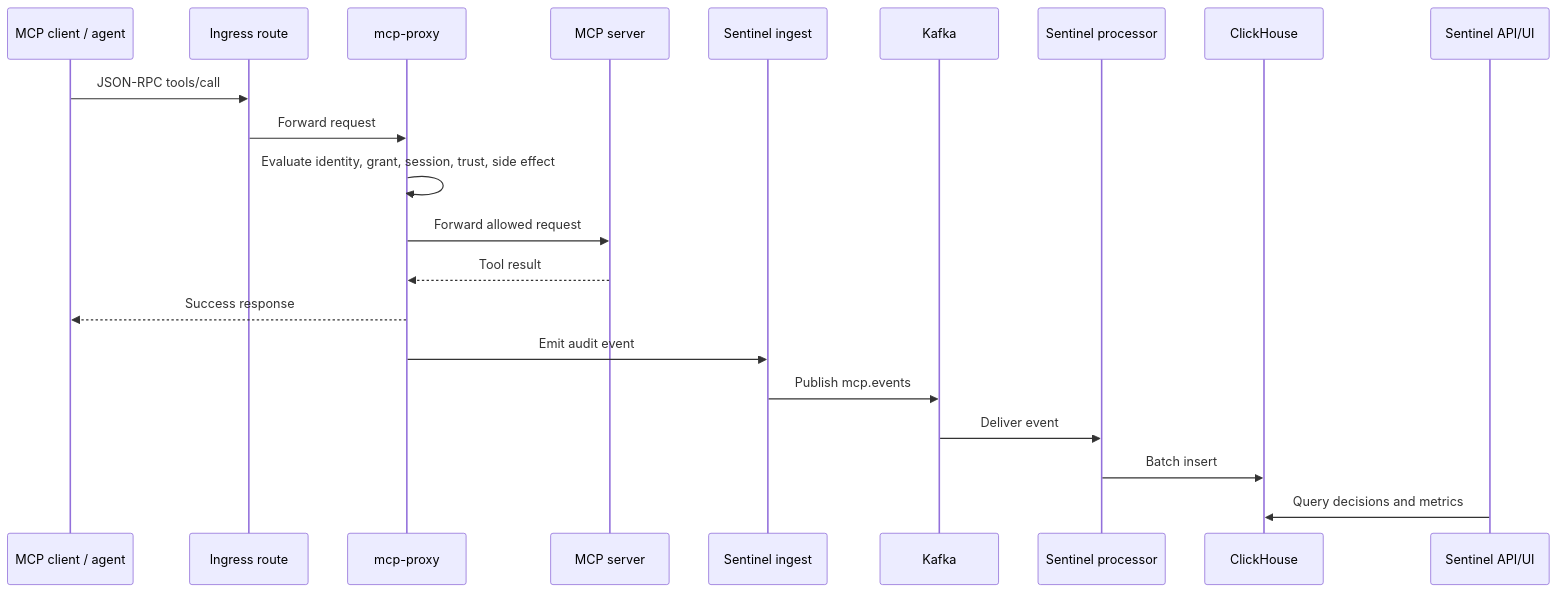
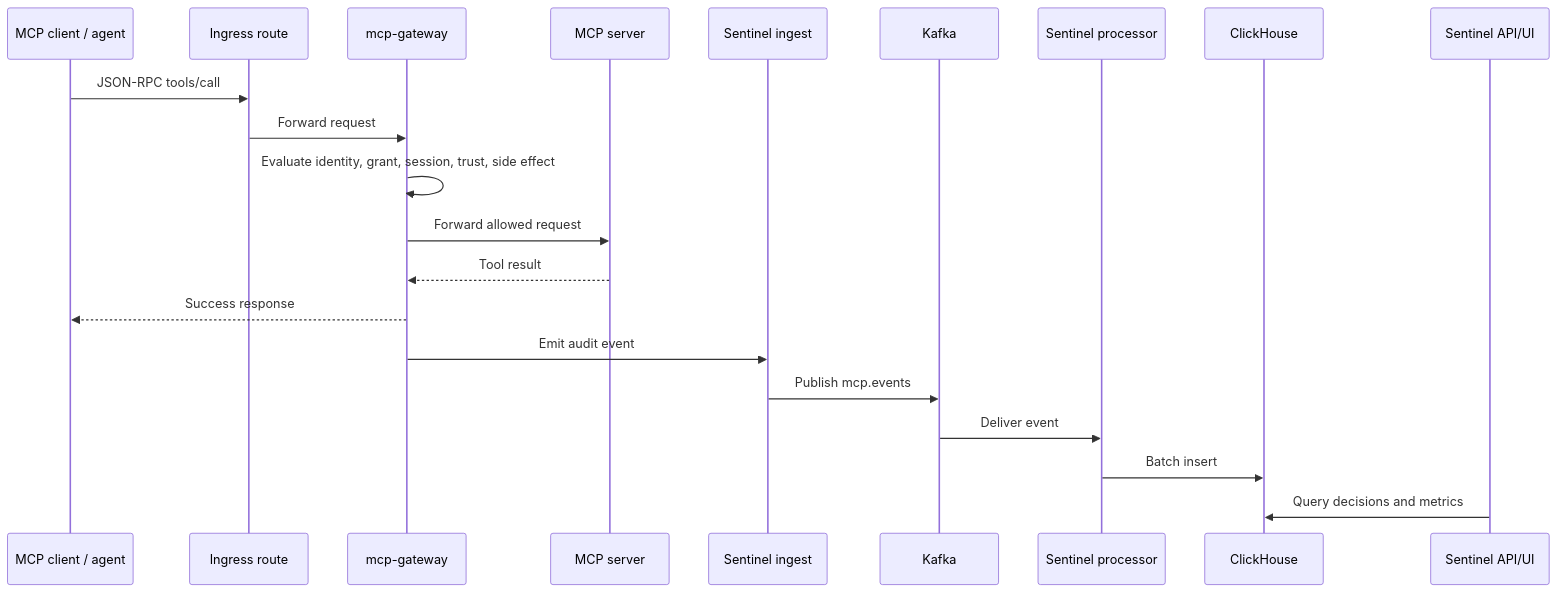
One commit to Agent-Hellboy/mcp-runtime changed the third of 5 diagrams in docs/architecture.md. Above: the diagram before and after it, drawn with Mermaid. The commit also changed other lines of this file and 43 other files, not shown here.

````diff
--- a/docs/architecture.md
+++ b/docs/architecture.md
@@ -93,24 +93,24 @@
 ```mermaid
 sequenceDiagram
     participant Client as MCP client / agent
     participant Ingress as Ingress route
-    participant Proxy as mcp-proxy
+    participant Gateway as mcp-gateway
     participant Svc as MCP server
     participant Ingest as Sentinel ingest
     participant Kafka as Kafka
     participant Processor as Sentinel processor
     participant CH as ClickHouse
     participant API as Sentinel API/UI
 
     Client->>Ingress: JSON-RPC tools/call
-    Ingress->>Proxy: Forward request
-    Proxy->>Proxy: Evaluate identity, grant, session, trust, side effect
-    Proxy->>Svc: Forward allowed request
-    Svc-->>Proxy: Tool result
-    Proxy-->>Client: Success response
-    Proxy->>Ingest: Emit audit event
+    Ingress->>Gateway: Forward request
+    Gateway->>Gateway: Evaluate identity, grant, session, trust, side effect
+    Gateway->>Svc: Forward allowed request
+    Svc-->>Gateway: Tool result
+    Gateway-->>Client: Success response
+    Gateway->>Ingest: Emit audit event
     Ingest->>Kafka: Publish mcp.events
     Kafka->>Processor: Deliver event
     Processor->>CH: Batch insert
     API->>CH: Query decisions and metrics
 ```
````
